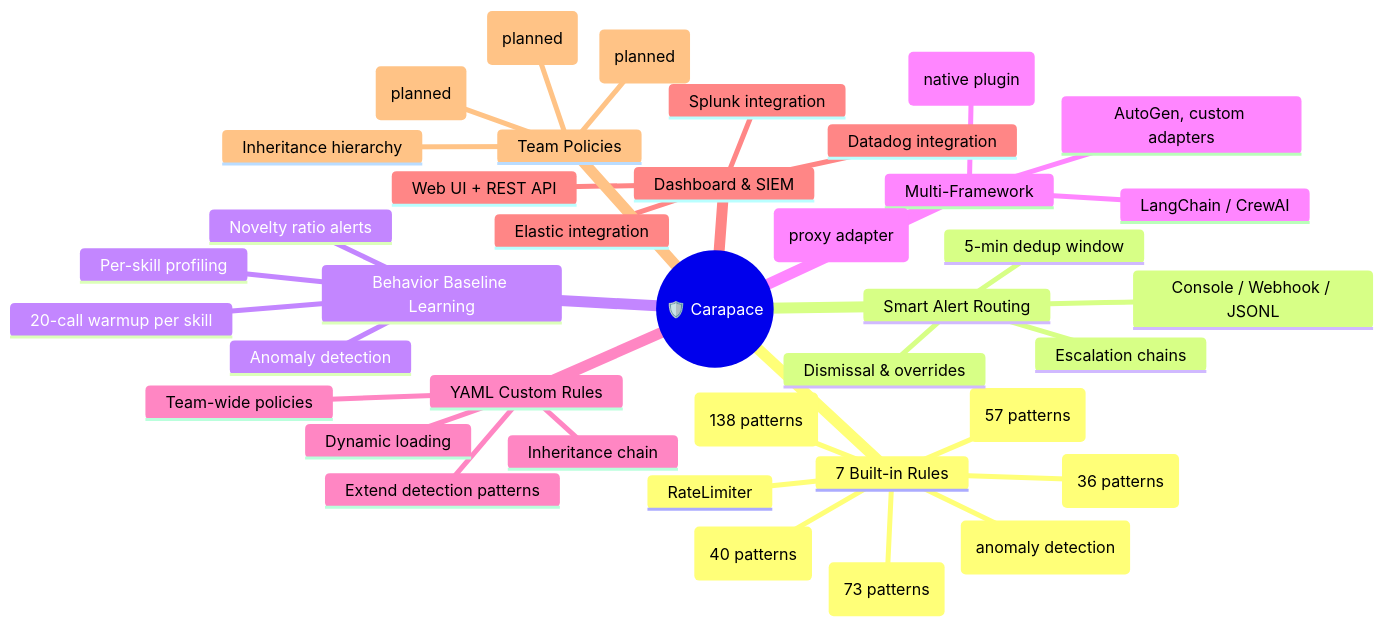
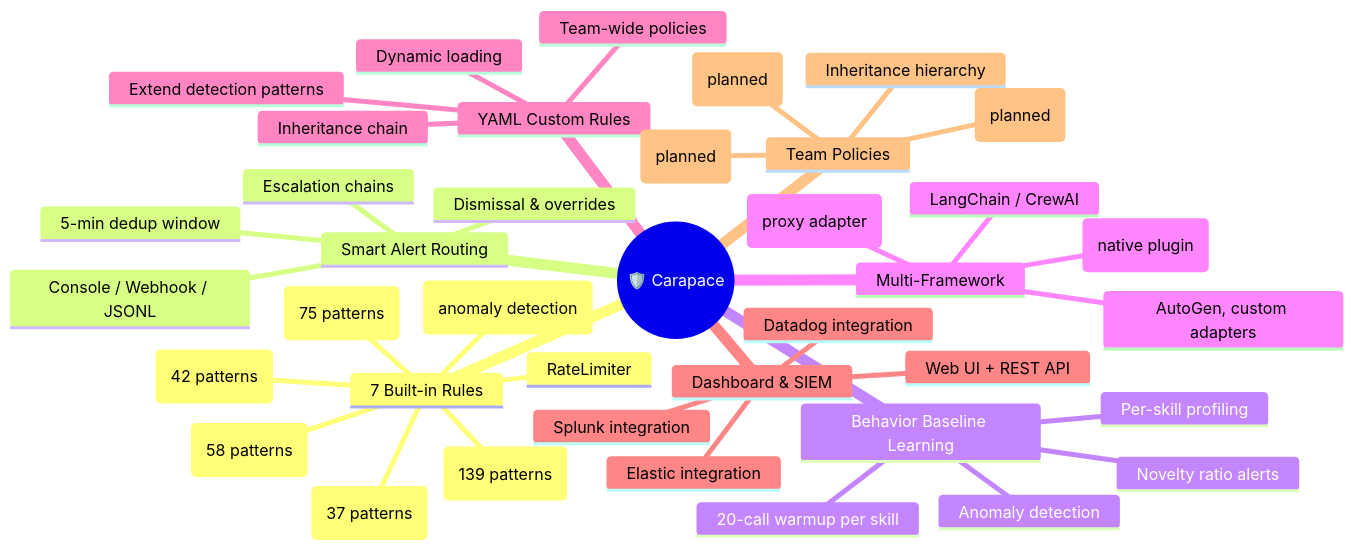
The first of 4 diagrams in README.md (yeasy/carapace), drawn with Mermaid before and after one commit. The commit also changed other lines of this file and 4 other files, not shown here.

````diff
--- a/README.md
+++ b/README.md
@@ -70,42 +70,42 @@
 ```mermaid
 mindmap
   root((🛡️ Carapace))
     7 Built-in Rules
-      ExecGuard (138 patterns)
-      PathGuard (73 patterns)
-      NetworkGuard (40 patterns)
+      ExecGuard (139 patterns)
+      PathGuard (75 patterns)
+      NetworkGuard (42 patterns)
       RateLimiter
-      PromptInjection (36 patterns)
-      DataExfil (57 patterns)
+      PromptInjection (37 patterns)
+      DataExfil (58 patterns)
       BaselineDrift (anomaly detection)
     Smart Alert Routing
       5-min dedup window
       Escalation chains
       Dismissal & overrides
       Console / Webhook / JSONL
     Behavior Baseline Learning
       20-call warmup per skill
       Per-skill profiling
       Anomaly detection
       Novelty ratio alerts
     Multi-Framework
       OpenClaw (native plugin)
       MCP (proxy adapter)
       LangChain / CrewAI
       AutoGen, custom adapters
     YAML Custom Rules
       Extend detection patterns
       Team-wide policies
       Inheritance chain
       Dynamic loading
     Dashboard & SIEM
       Web UI + REST API
       Splunk integration
       Elastic integration
       Datadog integration
     Team Policies
       Inheritance hierarchy
       Role-based access (planned)
       Policy versioning (planned)
       Audit logging (planned)
 ```
````
